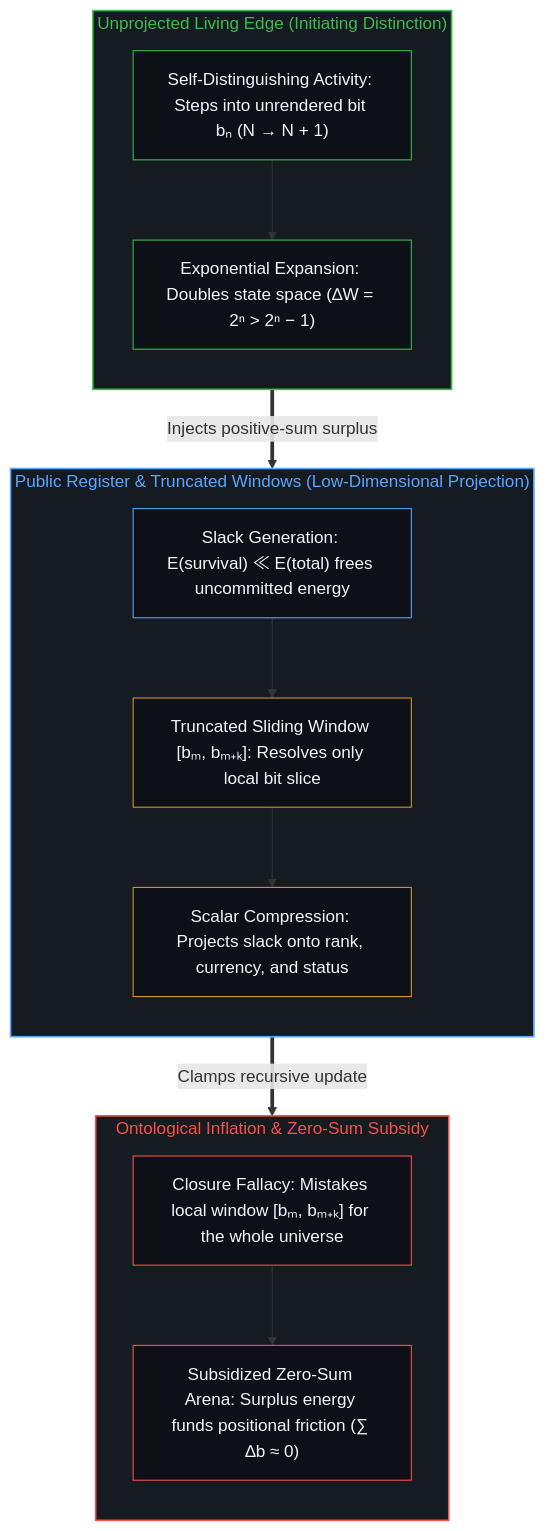
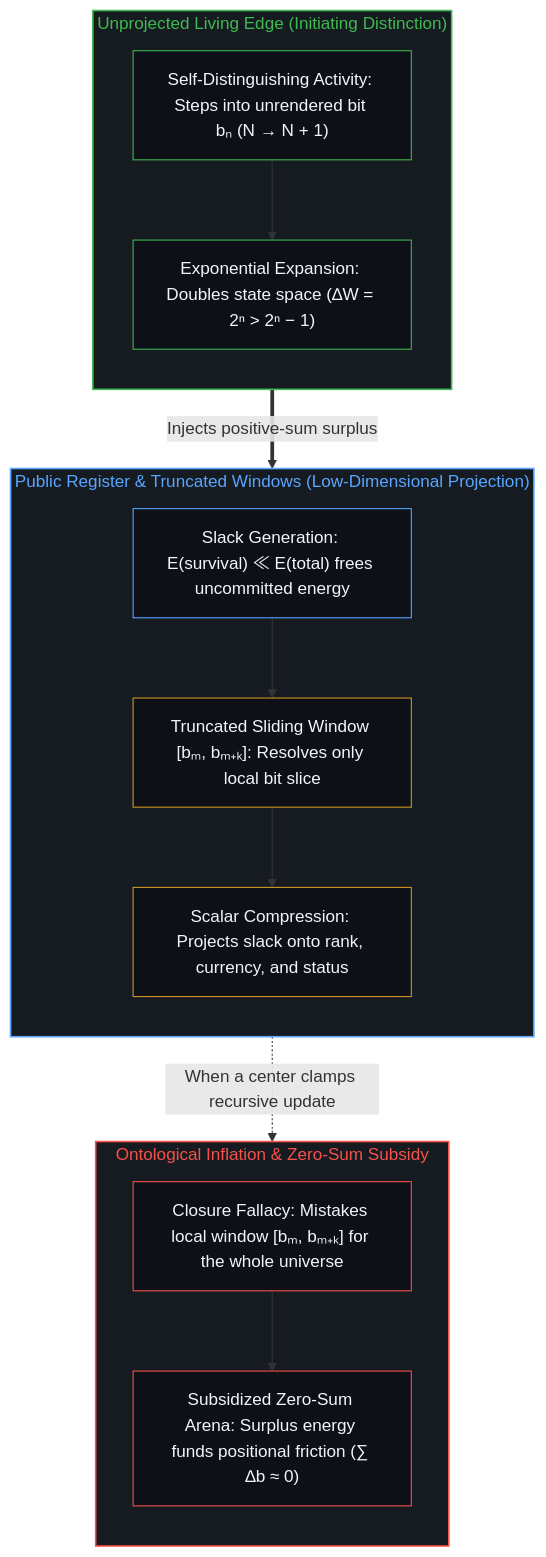
Before and after one commit to powerpig99/not-a-toe: the second of 2 diagrams in content/posts/the-arithmetic-of-the-register.md, drawn with Mermaid. The commit also changed other lines of this file and 3 other files, not shown here.

````diff
--- a/content/posts/the-arithmetic-of-the-register.md
+++ b/content/posts/the-arithmetic-of-the-register.md
@@ -54,34 +54,34 @@
 ```mermaid
 flowchart TD
     subgraph S_Edge["Unprojected Living Edge (Initiating Distinction)"]
         direction TB
         E_Act["Self-Distinguishing Activity: Steps into unrendered bit bₙ (N → N + 1)"]
         E_Jump["Exponential Expansion: Doubles state space (∆W = 2ⁿ > 2ⁿ − 1)"]
         E_Act --> E_Jump
     end
     subgraph S_Proj["Public Register & Truncated Windows (Low-Dimensional Projection)"]
         direction TB
         P_Slack["Slack Generation: E(survival) ≪ E(total) frees uncommitted energy"]
         P_Window["Truncated Sliding Window [bₘ, bₘ₊ₖ]: Resolves only local bit slice"]
         P_Scalar["Scalar Compression: Projects slack onto rank, currency, and status"]
         P_Slack --> P_Window --> P_Scalar
     end
     subgraph S_Collapse["Ontological Inflation & Zero-Sum Subsidy"]
         direction TB
         C_Inflate["Closure Fallacy: Mistakes local window [bₘ, bₘ₊ₖ] for the whole universe"]
         C_ZeroSum["Subsidized Zero-Sum Arena: Surplus energy funds positional friction (∑ ∆b ≈ 0)"]
         C_Inflate --> C_ZeroSum
     end
     E_Jump ==>|"Injects positive-sum surplus"| P_Slack
-    P_Scalar ==>|"Clamps recursive update"| C_Inflate
+    P_Scalar -.->|"When a center clamps recursive update"| C_Inflate
     style S_Edge fill:#161b22,stroke:#3fb950,stroke-width:1.5px,color:#3fb950
     style S_Proj fill:#161b22,stroke:#58a6ff,stroke-width:1.5px,color:#58a6ff
     style S_Collapse fill:#161b22,stroke:#f85149,stroke-width:1.5px,color:#f85149
     style E_Act fill:#0d1117,stroke:#3fb950,stroke-width:1px,color:#f0f6fc
     style E_Jump fill:#0d1117,stroke:#3fb950,stroke-width:1px,color:#f0f6fc
     style P_Slack fill:#0d1117,stroke:#58a6ff,stroke-width:1px,color:#f0f6fc
     style P_Window fill:#0d1117,stroke:#d29922,stroke-width:1px,color:#f0f6fc
     style P_Scalar fill:#0d1117,stroke:#d29922,stroke-width:1px,color:#f0f6fc
     style C_Inflate fill:#0d1117,stroke:#f85149,stroke-width:1px,color:#f0f6fc
     style C_ZeroSum fill:#0d1117,stroke:#f85149,stroke-width:1px,color:#f0f6fc
 ```
````
